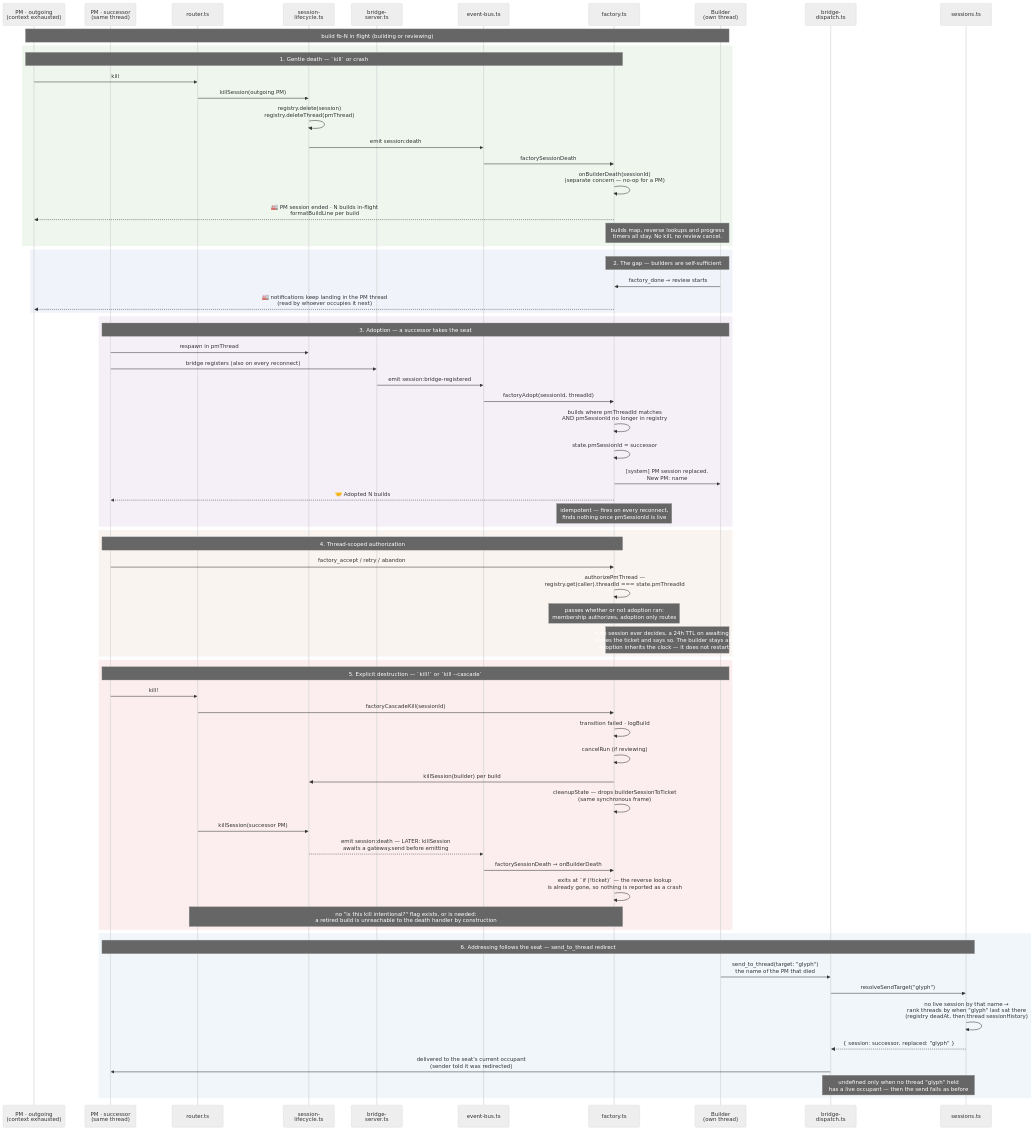
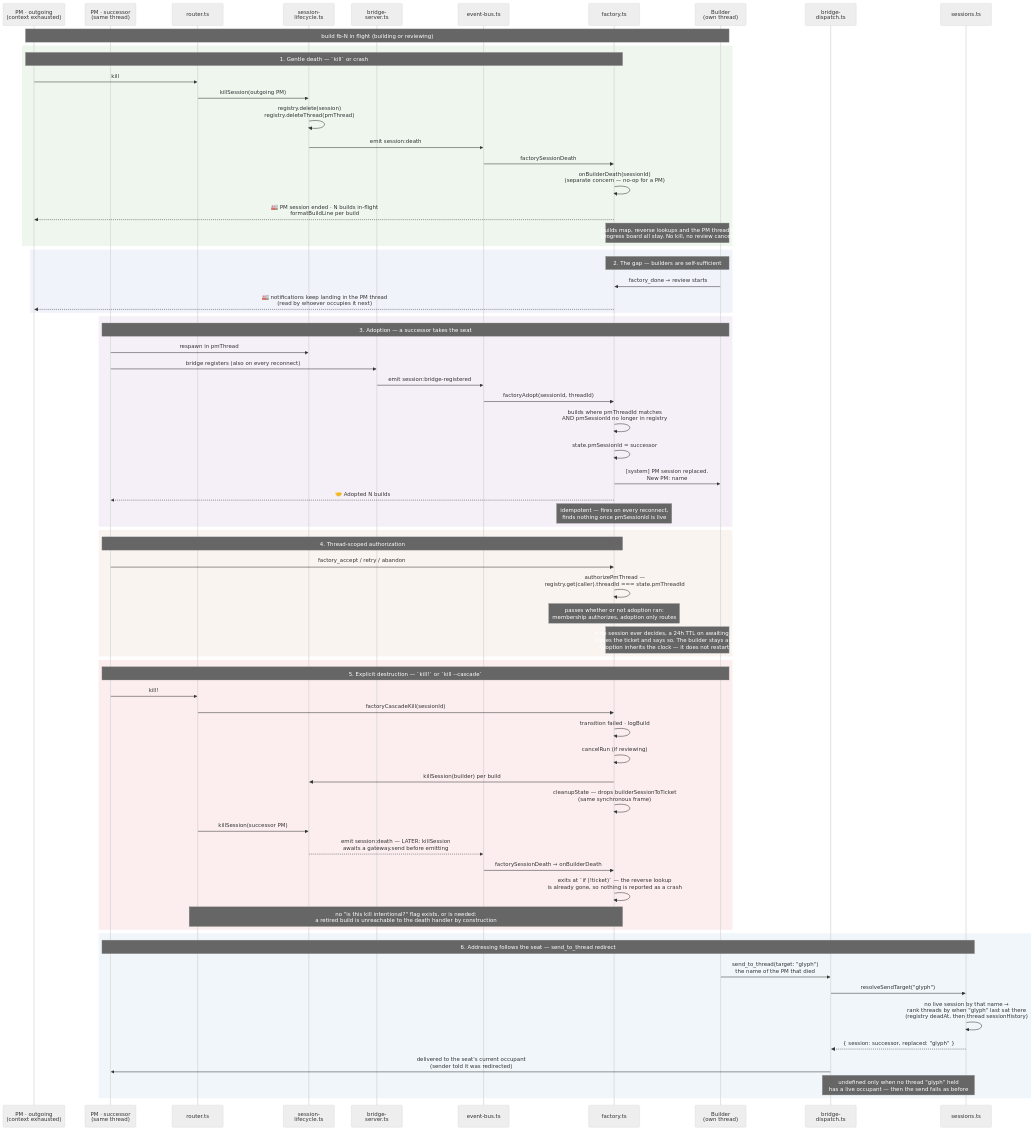
The diagram in diagrams/flow-factory-resilience.mmd (sf8193/hydra), drawn with Mermaid (neutral theme) before and after one commit. The commit also changed 15 other files, not shown here.

```diff
--- a/diagrams/flow-factory-resilience.mmd
+++ b/diagrams/flow-factory-resilience.mmd
@@ -1,82 +1,82 @@
 %% Factory resilience — PM sessions rotate through the PM thread; builds do not die with them.
 %% The PM thread is the unit of ownership. A PM session is only its current occupant.
 %% Section 6 is the same idea applied to addressing: a session *name* is a seat too.
 %% Companion to flow-factory (the build→review cycle itself).
 
 sequenceDiagram
     participant PM1 as PM · outgoing<br/>(context exhausted)
     participant PM2 as PM · successor<br/>(same thread)
     participant router as router.ts
     participant lifecycle as session-<br/>lifecycle.ts
     participant server as bridge-<br/>server.ts
     participant bus as event-bus.ts
     participant factory as factory.ts
     participant builder as Builder<br/>(own thread)
     participant dispatch as bridge-<br/>dispatch.ts
     participant sessions as sessions.ts
 
     Note over PM1,builder: build fb-N in flight (building or reviewing)
 
     rect rgb(238, 246, 238)
     Note over PM1,factory: 1. Gentle death — `kill` or crash
     PM1->>router: kill
     router->>lifecycle: killSession(outgoing PM)
     lifecycle->>lifecycle: registry.delete(session)<br/>registry.deleteThread(pmThread)
     lifecycle->>bus: emit session:death
     bus->>factory: factorySessionDeath
     factory->>factory: onBuilderDeath(sessionId)<br/>(separate concern — no-op for a PM)
     factory-->>PM1: 🏭 PM session ended · N builds in-flight<br/>formatBuildLine per build
-    Note over factory,builder: builds map, reverse lookups and progress<br/>timers all stay. No kill, no review cancel.
+    Note over factory,builder: builds map, reverse lookups and the PM thread's<br/>progress board all stay. No kill, no review cancel.
     end
 
     rect rgb(240, 243, 250)
     Note over factory,builder: 2. The gap — builders are self-sufficient
     builder->>factory: factory_done → review starts
     factory-->>PM1: 🏭 notifications keep landing in the PM thread<br/>(read by whoever occupies it next)
     end
 
     rect rgb(245, 240, 248)
     Note over PM2,builder: 3. Adoption — a successor takes the seat
     PM2->>lifecycle: respawn in pmThread
     PM2->>server: bridge registers (also on every reconnect)
     server->>bus: emit session:bridge-registered
     bus->>factory: factoryAdopt(sessionId, threadId)
     factory->>factory: builds where pmThreadId matches<br/>AND pmSessionId no longer in registry
     factory->>factory: state.pmSessionId = successor
     factory->>builder: [system] PM session replaced.<br/>New PM: name
     factory-->>PM2: 🤝 Adopted N builds
     Note over factory: idempotent — fires on every reconnect,<br/>finds nothing once pmSessionId is live
     end
 
     rect rgb(250, 244, 240)
     Note over PM2,factory: 4. Thread-scoped authorization
     PM2->>factory: factory_accept / retry / abandon
     factory->>factory: authorizePmThread —<br/>registry.get(caller).threadId === state.pmThreadId
     Note over factory: passes whether or not adoption ran:<br/>membership authorizes, adoption only routes
     Note over factory,builder: if no session ever decides, a 24h TTL on awaiting_pm<br/>closes the ticket and says so. The builder stays alive.<br/>Adoption inherits the clock — it does not restart it.
     end
 
     rect rgb(252, 238, 238)
     Note over PM2,builder: 5. Explicit destruction — `kill!` or `kill --cascade`
     PM2->>router: kill!
     router->>factory: factoryCascadeKill(sessionId)
     factory->>factory: transition failed · logBuild
     factory->>factory: cancelRun (if reviewing)
     factory->>lifecycle: killSession(builder) per build
     factory->>factory: cleanupState — drops builderSessionToTicket<br/>(same synchronous frame)
     router->>lifecycle: killSession(successor PM)
     lifecycle-->>bus: emit session:death — LATER: killSession<br/>awaits a gateway.send before emitting
     bus->>factory: factorySessionDeath → onBuilderDeath
     factory->>factory: exits at `if (!ticket)` — the reverse lookup<br/>is already gone, so nothing is reported as a crash
     Note over router,factory: no "is this kill intentional?" flag exists, or is needed:<br/>a retired build is unreachable to the death handler by construction
     end
 
     rect rgb(240, 246, 250)
     Note over PM2,sessions: 6. Addressing follows the seat — send_to_thread redirect
     builder->>dispatch: send_to_thread(target: "glyph")<br/>the name of the PM that died
     dispatch->>sessions: resolveSendTarget("glyph")
     sessions->>sessions: no live session by that name →<br/>rank threads by when "glyph" last sat there<br/>(registry deadAt, then thread sessionHistory)
     sessions-->>dispatch: { session: successor, replaced: "glyph" }
     dispatch->>PM2: delivered to the seat's current occupant<br/>(sender told it was redirected)
     Note over dispatch,sessions: undefined only when no thread "glyph" held<br/>has a live occupant — then the send fails as before
     end
```
